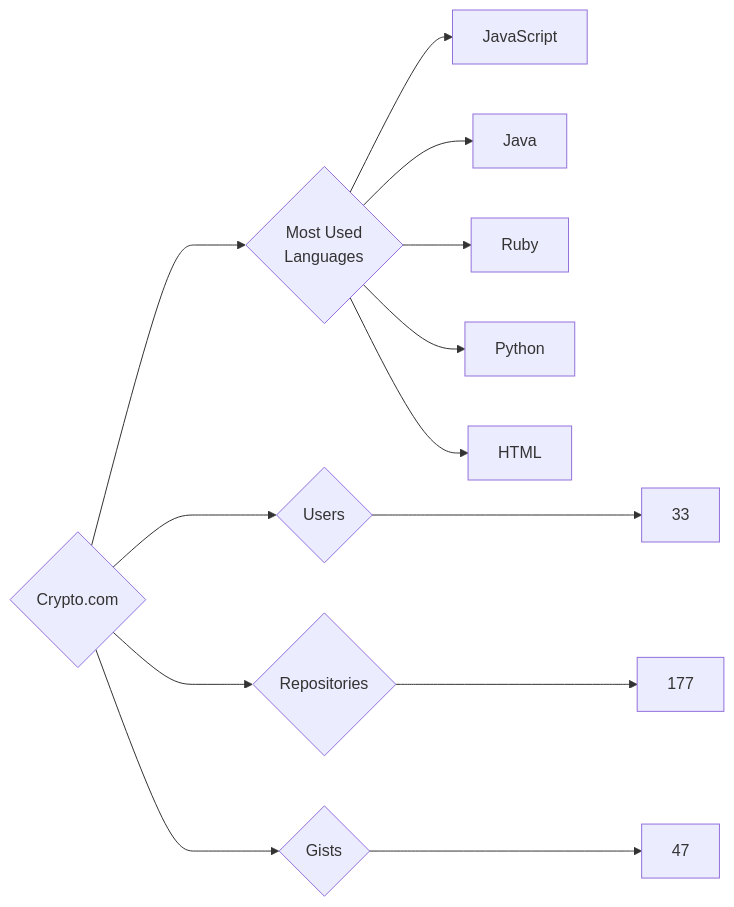
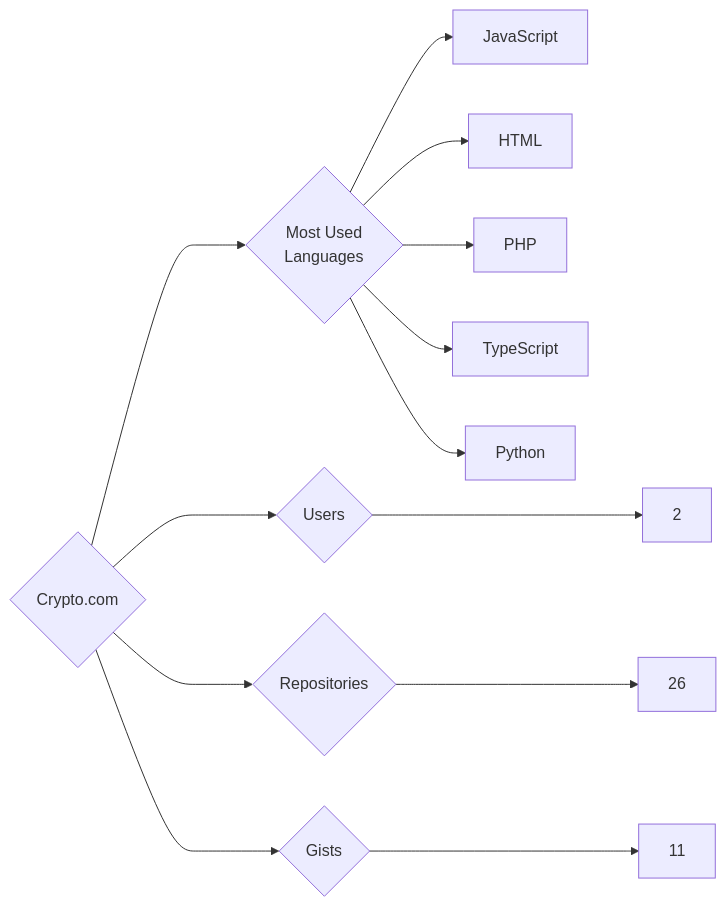
One commit to trickest/insiders changed the diagram in targets/Crypto.com/README.md. Above: the diagram before and after it, drawn with Mermaid. The commit also changed 723 other files, not shown here.

````diff
--- a/targets/Crypto.com/README.md
+++ b/targets/Crypto.com/README.md
@@ -3,13 +3,13 @@
 ```mermaid
 graph LR
 COMPANY_NAME{Crypto.com}
-COMPANY_NAME ---> U{Users} ---> UN[33]
-COMPANY_NAME ---> R{Repositories} ---> RN[177]
-COMPANY_NAME ---> G{Gists} ---> GN[47]
+COMPANY_NAME ---> U{Users} ---> UN[2]
+COMPANY_NAME ---> R{Repositories} ---> RN[26]
+COMPANY_NAME ---> G{Gists} ---> GN[11]
 COMPANY_NAME ---> ML{Most Used<br>Languages}
 ML --> JavaScript[JavaScript]
-ML --> Java[Java]
-ML --> Ruby[Ruby]
+ML --> HTML[HTML]
+ML --> PHP[PHP]
+ML --> TypeScript[TypeScript]
 ML --> Python[Python]
-ML --> HTML[HTML]
 ```
````
